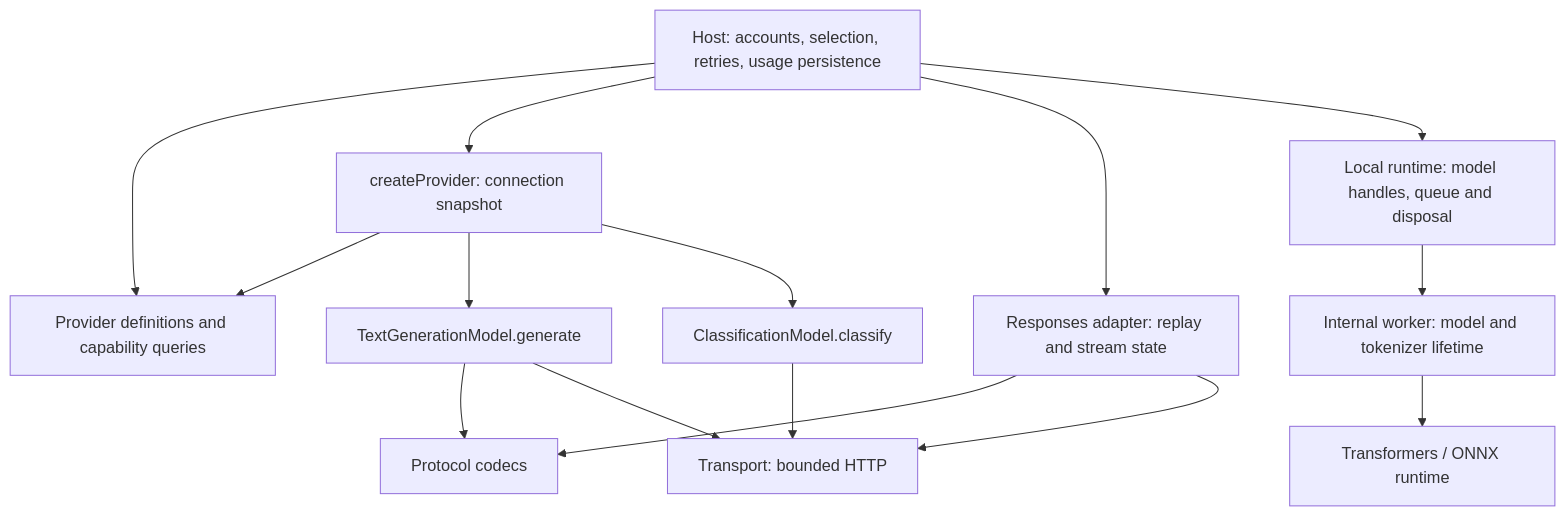
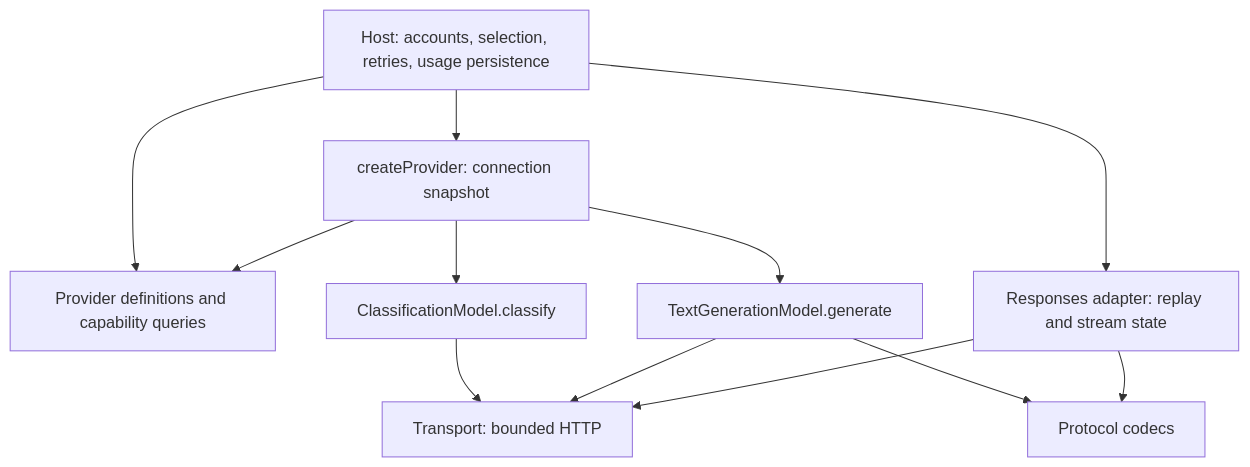
The diagram in packages/providers/README.md (aipoch/open-science), drawn with Mermaid before and after one commit. The commit also changed other lines of this file and 45 other files, not shown here.

````diff
--- a/packages/providers/README.md
+++ b/packages/providers/README.md
@@ -157,17 +176,14 @@
 ```mermaid
 flowchart TB
   H[Host: accounts, selection, retries, usage persistence] --> D[Provider definitions and capability queries]
   H --> P[createProvider: connection snapshot]
   P --> D
   P --> T[TextGenerationModel.generate]
   P --> C[ClassificationModel.classify]
   T --> W[Protocol codecs]
   C --> N[Transport: bounded HTTP]
   T --> N
   H --> A[Responses adapter: replay and stream state]
   A --> W
   A --> N
-  H --> L[Local runtime: model handles, queue and disposal]
-  L --> K[Internal worker: model and tokenizer lifetime]
-  K --> R[Transformers / ONNX runtime]
 ```
````
